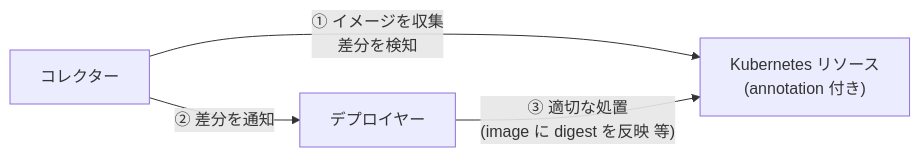
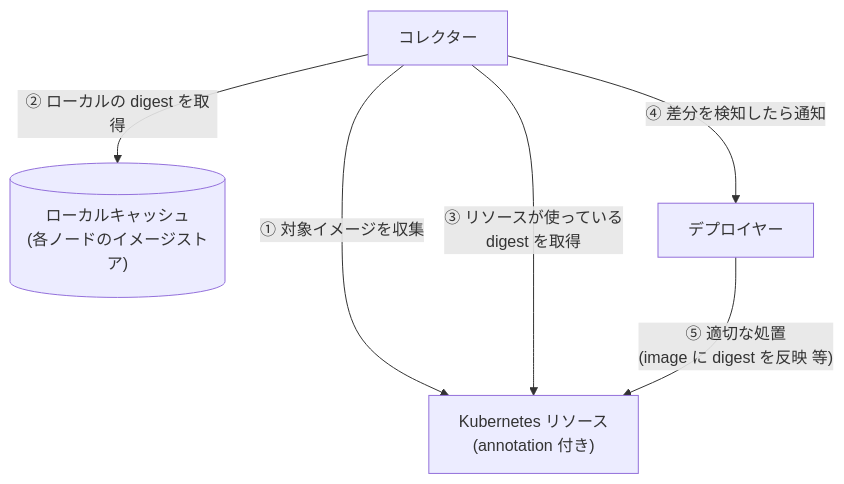
Before and after one commit to sasano8/kube-floatingtag-pinner: the second of 2 diagrams in README.md, drawn with Mermaid. The commit also changed other lines of this file, not shown here.

Commit message:
README: 第二段階にローカルキャッシュを加え、リソースとの差分検知を明記
Claude-Session: https://claude.ai/code/session_019rZvkSL7Th44LVS5DsW2yH

````diff
--- a/README.md
+++ b/README.md
@@ -51,10 +51,13 @@
 ```mermaid
-flowchart LR
+flowchart TB
     K["Kubernetes リソース<br/>(annotation 付き)"]
     C["コレクター"]
+    L[("ローカルキャッシュ<br/>(各ノードのイメージストア)")]
     D["デプロイヤー"]
 
-    C -- "① イメージを収集<br/>差分を検知" --> K
-    C -- "② 差分を通知" --> D
-    D -- "③ 適切な処置<br/>(image に digest を反映 等)" --> K
+    C -- "① 対象イメージを収集" --> K
+    C -- "② ローカルの digest を取得" --> L
+    C -- "③ リソースが使っている<br/>digest を取得" --> K
+    C -- "④ 差分を検知したら通知" --> D
+    D -- "⑤ 適切な処置<br/>(image に digest を反映 等)" --> K
 ```
````
